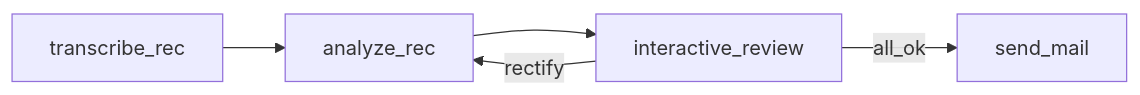
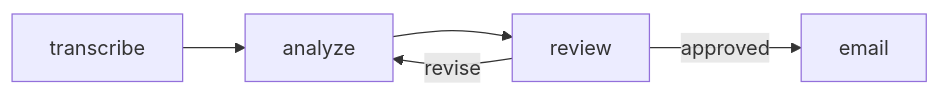
One commit to adotg/pinflow changed the second of 2 diagrams in README.md. Above: the diagram before and after it, drawn with Mermaid. The commit also changed other lines of this file and 10 other files, not shown here.

````diff
--- a/README.md
+++ b/README.md
@@ -39,7 +338,7 @@
 ```mermaid
 graph LR
-    transcribe_rec --> analyze_rec
-    analyze_rec --> interactive_review
-    interactive_review -->|all_ok| send_mail
-    interactive_review -->|rectify| analyze_rec
+    transcribe --> analyze
+    analyze --> review
+    review -->|approved| email
+    review -->|revise| analyze
 ```
````
